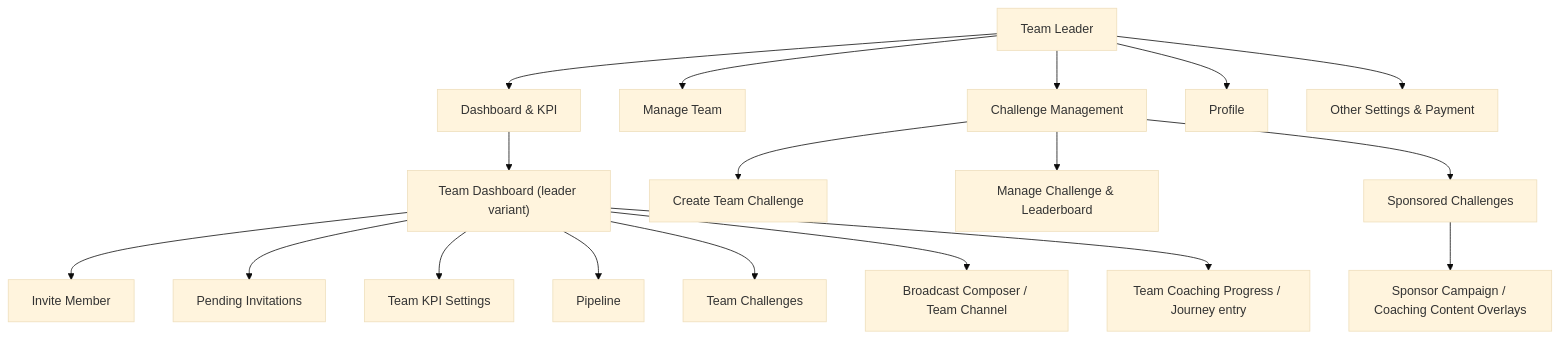
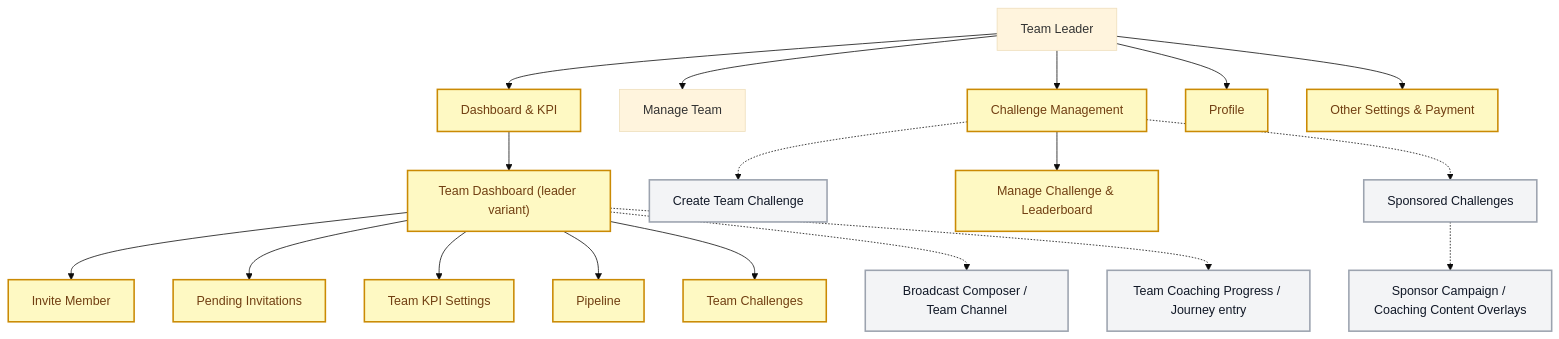
Before and after one commit to jonhazeltine/compass-kpi: the sixth of 9 diagrams in docs/spec/appendix/INTENDED_WIRING_DIAGRAM.md, drawn with Mermaid (base theme). The commit also changed other lines of this file, not shown here.

Commit message:
Standardize wiring diagram status colors

````diff
--- a/docs/spec/appendix/INTENDED_WIRING_DIAGRAM.md
+++ b/docs/spec/appendix/INTENDED_WIRING_DIAGRAM.md
@@ -147,22 +189,31 @@
 ```mermaid
 flowchart TD
   L["Team Leader"] --> LD["Dashboard & KPI"]
   L --> LT["Manage Team"]
   L --> LC["Challenge Management"]
   L --> LP["Profile"]
   L --> LS["Other Settings & Payment"]
 
   LD --> LDT["Team Dashboard (leader variant)"]
   LDT --> LTI["Invite Member"]
   LDT --> LTP["Pending Invitations"]
   LDT --> LTK["Team KPI Settings"]
   LDT --> LTPipe["Pipeline"]
   LDT --> LTC["Team Challenges"]
-  LDT --> LB["Broadcast Composer / Team Channel"]
-  LDT --> LJP["Team Coaching Progress / Journey entry"]
+  LDT -.-> LB["Broadcast Composer / Team Channel"]
+  LDT -.-> LJP["Team Coaching Progress / Journey entry"]
 
-  LC --> LCC["Create Team Challenge"]
+  LC -.-> LCC["Create Team Challenge"]
   LC --> LCM["Manage Challenge & Leaderboard"]
-  LC --> LCS["Sponsored Challenges"]
-  LCS --> LSC["Sponsor Campaign / Coaching Content Overlays"]
+  LC -.-> LCS["Sponsored Challenges"]
+  LCS -.-> LSC["Sponsor Campaign / Coaching Content Overlays"]
+
+  classDef mvp fill:#dbeafe,stroke:#2563eb,color:#1e3a8a,stroke-width:2px;
+  classDef prod fill:#dcfce7,stroke:#16a34a,color:#14532d,stroke-width:2px;
+  classDef framed fill:#fef9c3,stroke:#ca8a04,color:#713f12,stroke-width:2px;
+  classDef missing fill:#f3f4f6,stroke:#9ca3af,color:#111827,stroke-width:2px;
+
+  class LD,LC,LP,LS,LDT,LCM framed;
+  class LTI,LTP,LTK,LTPipe,LTC framed;
+  class LB,LJP,LCC,LCS,LSC missing;
 ```
````
